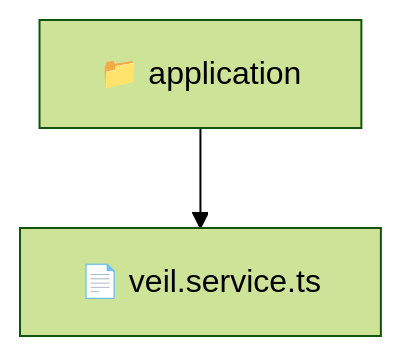
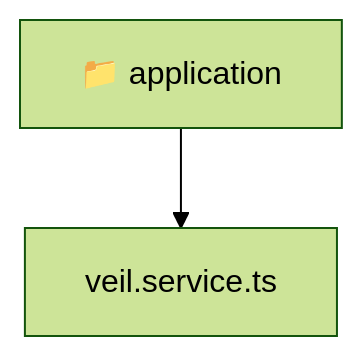
Before and after one commit to beginwebdev2002/fullstack-mavluda: the diagram in backend/src/modules/veil/application/README.md, drawn with Mermaid (forest theme). The commit also changed other lines of this file and 167 other files, not shown here.

````diff
--- a/backend/src/modules/veil/application/README.md
+++ b/backend/src/modules/veil/application/README.md
@@ -9,5 +9,6 @@
 ```mermaid
 graph TD
-  Root["📁 application"]
-  Root --> veil_service_ts["📄 veil.service.ts"]
+  Root_application["📁 application"]
+  f_veil_service_ts["veil.service.ts"]
+  Root_application --> f_veil_service_ts
 ```
````
